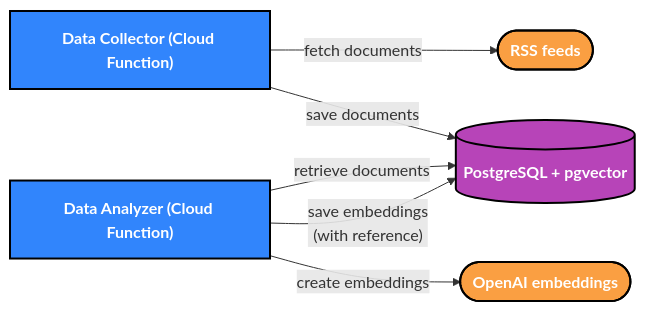
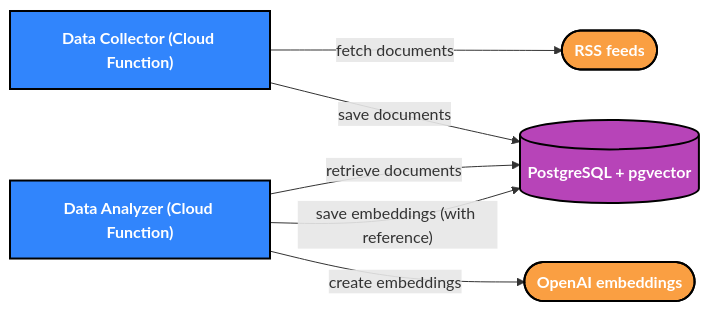
The second of 2 diagrams in README.md (initialcapacity/ai-starter), drawn with Mermaid before and after one commit.

Commit message:
Remove newline in mermaid diagram

````diff
--- a/README.md
+++ b/README.md
@@ -50,25 +50,25 @@
 ```mermaid
 flowchart LR
     embeddings([OpenAI embeddings])
     docs(["RSS feeds"])
     db[("PostgreSQL + pgvector")]
     collector["Data Collector (Cloud Function)"]
     analyzer["Data Analyzer (Cloud Function)"]
     
     collector -- fetch documents --> docs
     collector -- save documents --> db
     analyzer -- retrieve documents --> db
     analyzer -- create embeddings --> embeddings
-    analyzer -- "save embeddings \n (with reference)" --> db
+    analyzer -- "save embeddings (with reference)" --> db
 
     classDef node font-weight:bold,color:white,stroke:black,stroke-width:2px;
     classDef app fill:#3185FC;
     classDef db fill:#B744B8;
     class app,collector,analyzer app;
     classDef external fill:#FA9F42;
     classDef user fill:#ED6A5A;
 
     class db db;
     class docs,embeddings external;
     class user user;
 ```
````
